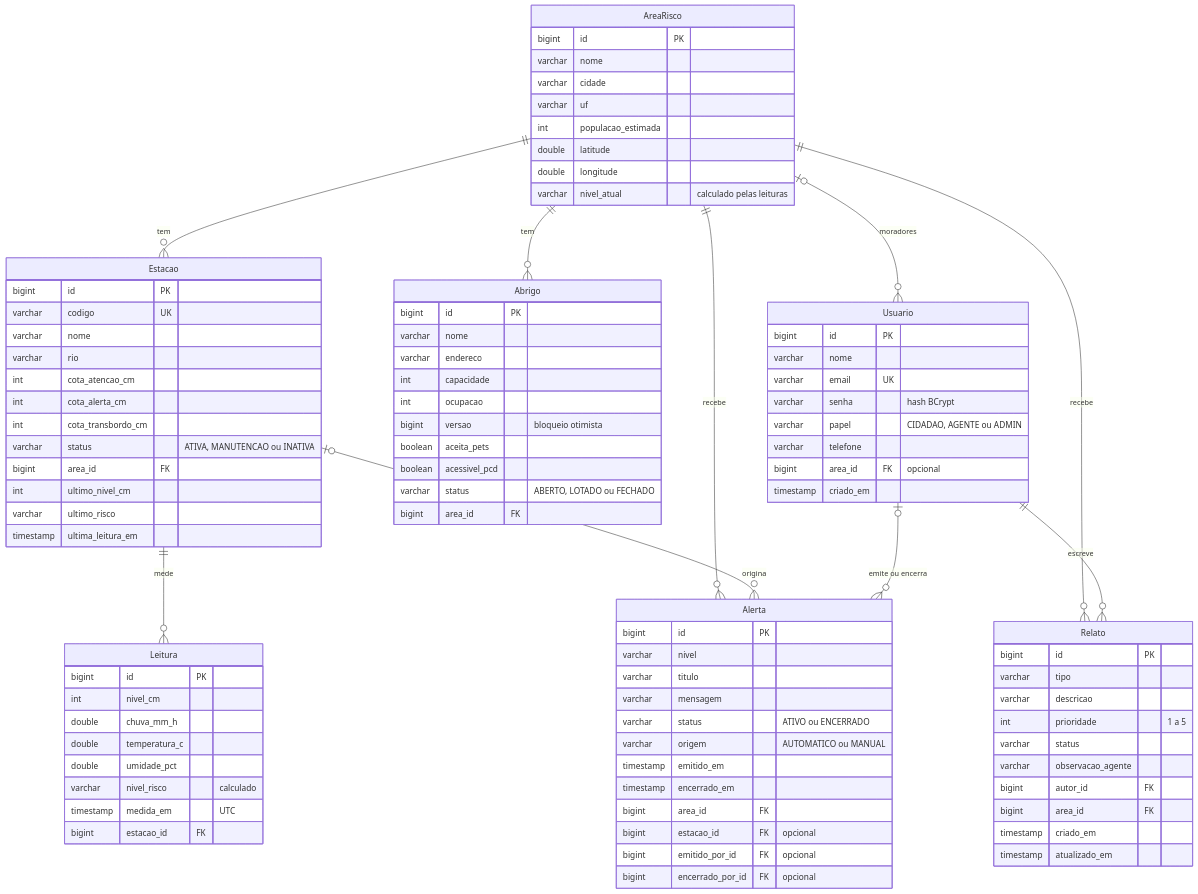
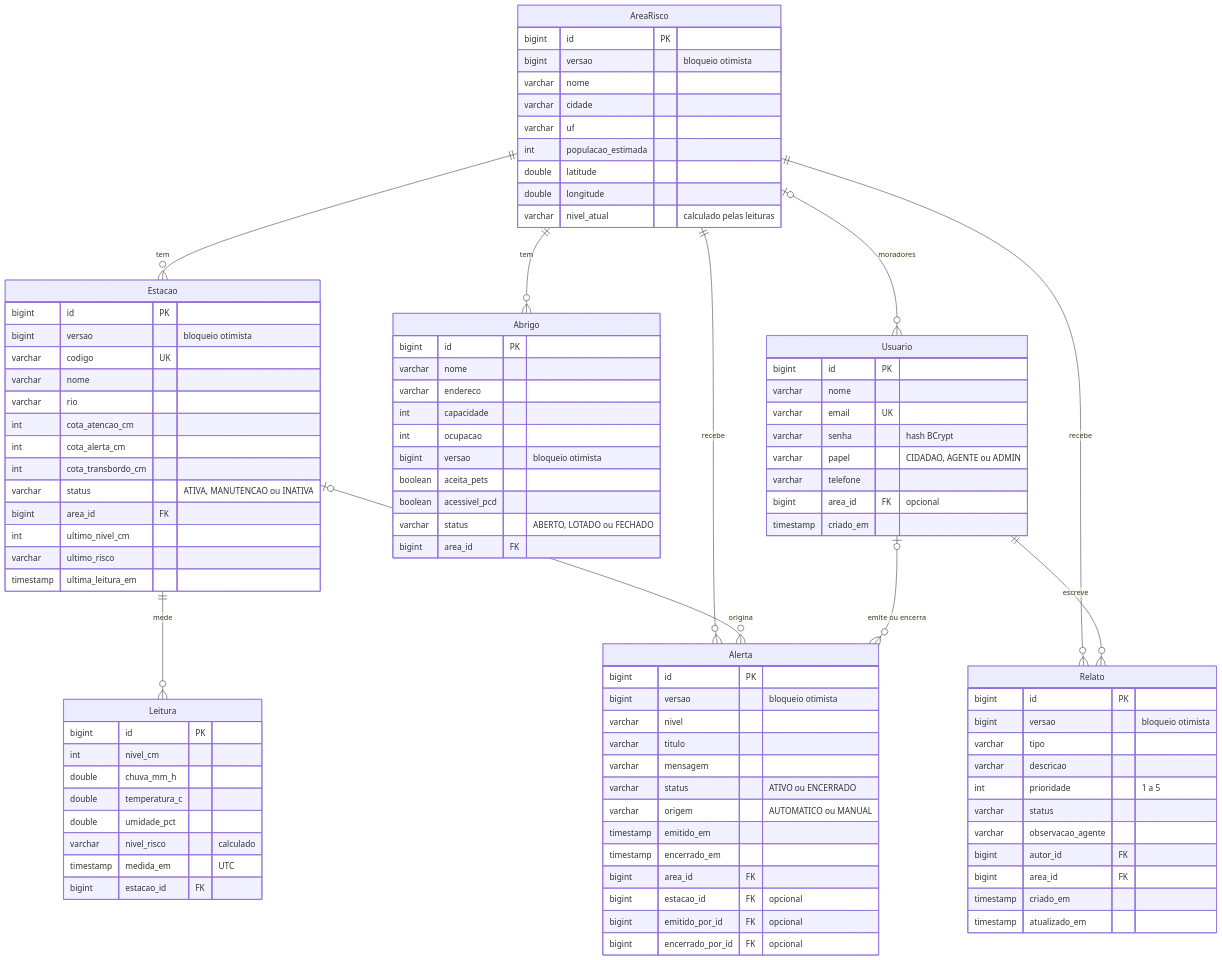
The diagram in README.md (Raphael-Sinelli/guardario-api), drawn with Mermaid before and after one commit. The commit also changed other lines of this file and 5 other files, not shown here.

```diff
--- a/README.md
+++ b/README.md
@@ -147,6 +147,7 @@
     }
     AreaRisco {
         bigint id PK
+        bigint versao "bloqueio otimista"
         varchar nome
         varchar cidade
         varchar uf
@@ -157,6 +158,7 @@
     }
     Estacao {
         bigint id PK
+        bigint versao "bloqueio otimista"
         varchar codigo UK
         varchar nome
         varchar rio
@@ -181,6 +183,7 @@
     }
     Alerta {
         bigint id PK
+        bigint versao "bloqueio otimista"
         varchar nivel
         varchar titulo
         varchar mensagem
@@ -207,6 +210,7 @@
     }
     Relato {
         bigint id PK
+        bigint versao "bloqueio otimista"
         varchar tipo
         varchar descricao
         int prioridade "1 a 5"
```
